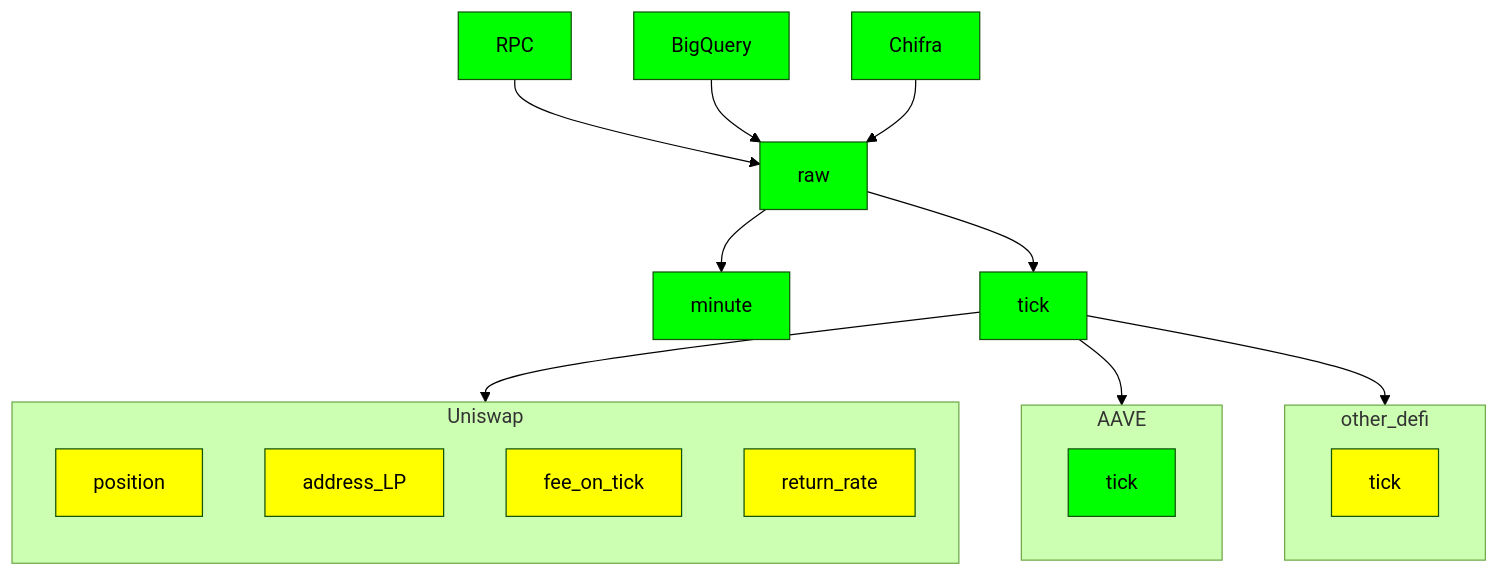
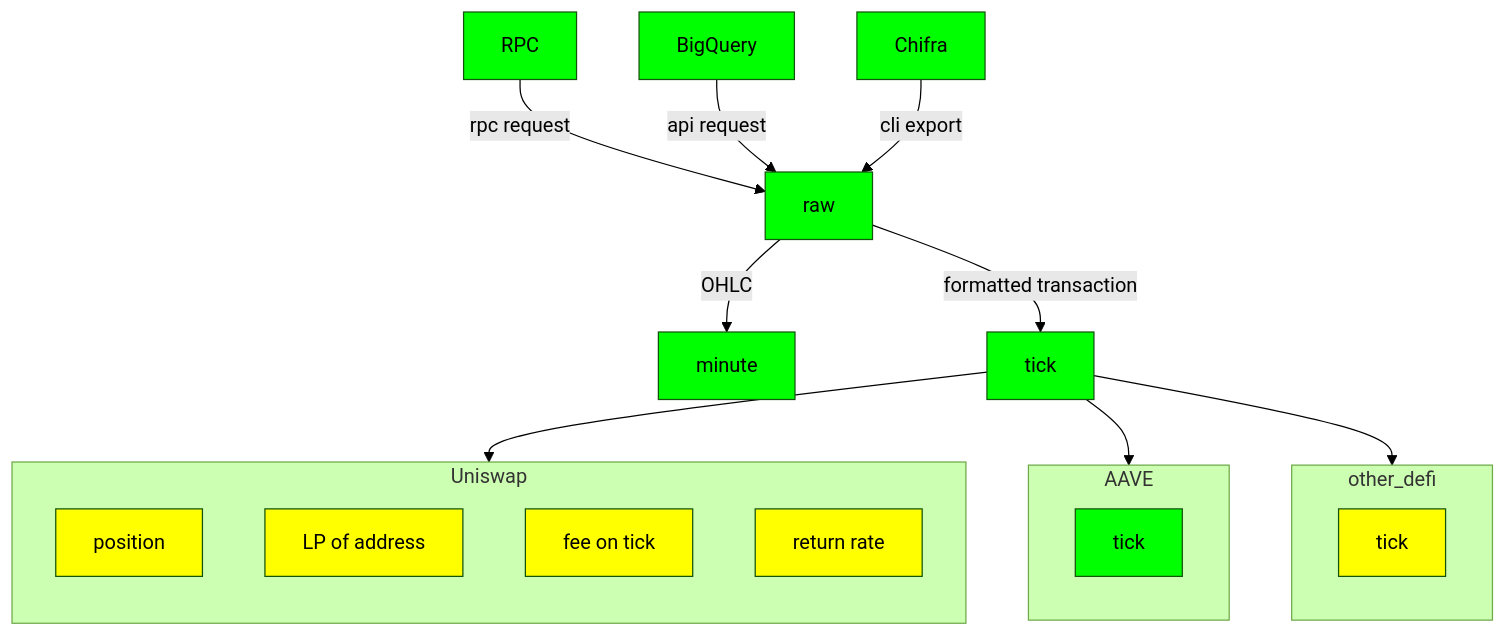
The second of 2 diagrams in README.md (zelos-alpha/demeter-fetch), drawn with Mermaid (forest theme) before and after one commit. The commit also changed other lines of this file and 4 other files, not shown here.

````diff
--- a/README.md
+++ b/README.md
@@ -36,26 +36,26 @@
 ```mermaid
 flowchart TB;
-   RPC:::done --> raw:::done;
-   BigQuery:::done --> raw;
-   Chifra:::done --> raw;
-   raw --> minute:::done;
-   raw --> tick:::done;
+   RPC:::done --rpc request--> raw:::done;
+   BigQuery:::done --api request--> raw;
+   Chifra:::done --cli export--> raw;
+   raw --OHLC--> minute:::done;
+   raw --formatted transaction--> tick:::done;
    tick --> Uniswap;
    tick --> AAVE;
    tick --> other_defi;
    subgraph Uniswap;
       direction TB;
       position:::to_do;
-      address_LP:::to_do;
-      fee_on_tick:::to_do;
-      return_rate:::to_do;
+      address_LP[LP of address]:::to_do;
+      fee_on_tick[fee on tick]:::to_do;
+      return_rate[return rate]:::to_do;
    end
    subgraph AAVE;
       aave_tick[tick]:::done;
    end
    subgraph other_defi;
       other_tick[tick]:::to_do;
    end
    classDef done fill:#00ff00
    classDef to_do fill:#ffff00
 ```
````
